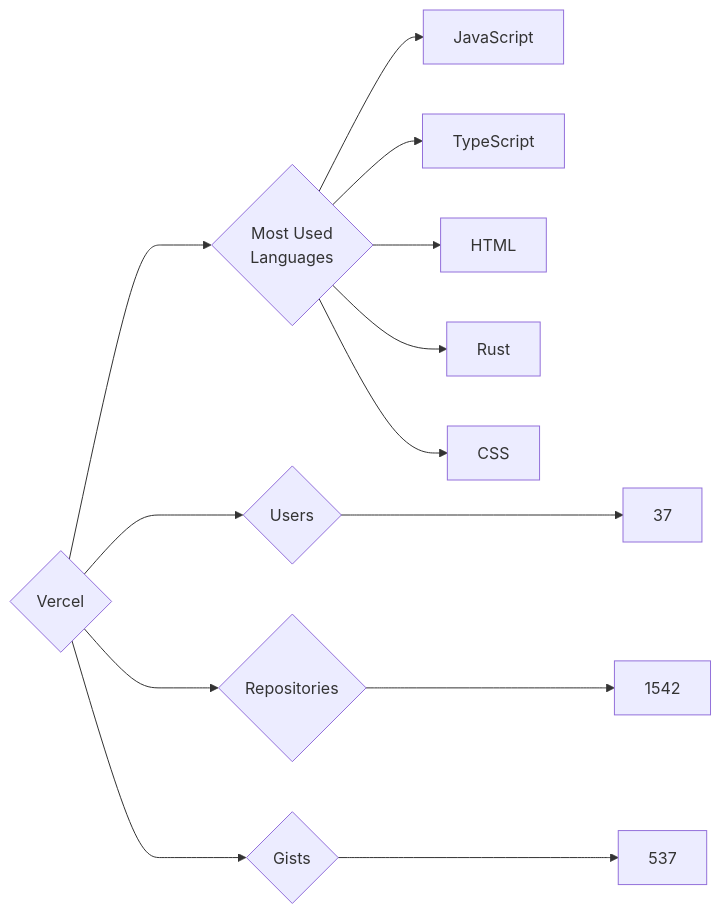
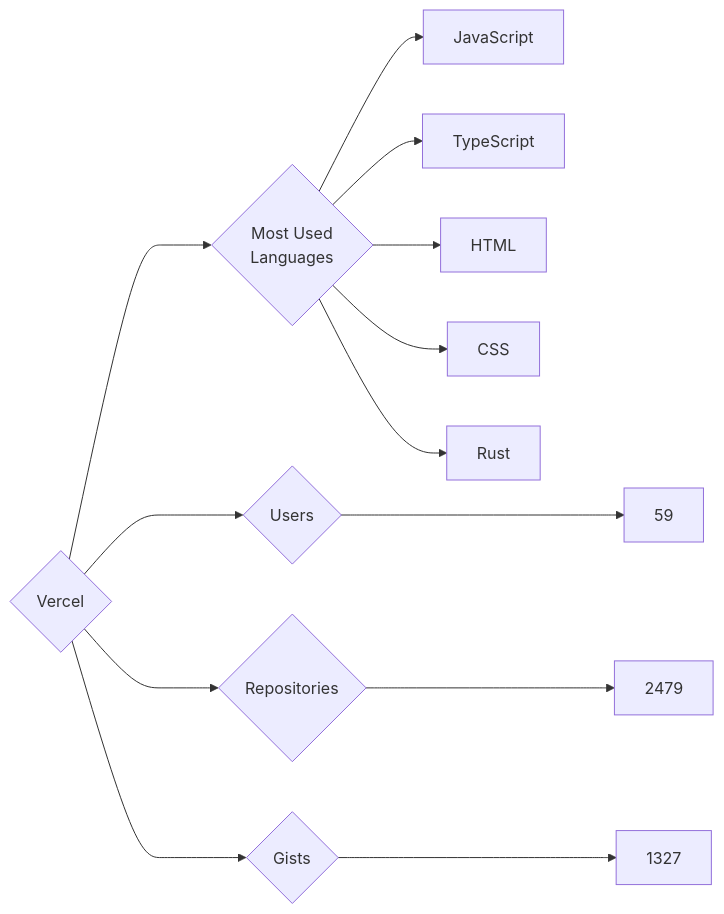
The diagram in targets/Vercel/README.md (trickest/insiders), drawn with Mermaid before and after one commit. The commit also changed 677 other files, not shown here.

````diff
--- a/targets/Vercel/README.md
+++ b/targets/Vercel/README.md
@@ -3,13 +3,13 @@
 ```mermaid
 graph LR
 COMPANY_NAME{Vercel}
-COMPANY_NAME ---> U{Users} ---> UN[37]
-COMPANY_NAME ---> R{Repositories} ---> RN[1542]
-COMPANY_NAME ---> G{Gists} ---> GN[537]
+COMPANY_NAME ---> U{Users} ---> UN[59]
+COMPANY_NAME ---> R{Repositories} ---> RN[2479]
+COMPANY_NAME ---> G{Gists} ---> GN[1327]
 COMPANY_NAME ---> ML{Most Used<br>Languages}
 ML --> JavaScript[JavaScript]
 ML --> TypeScript[TypeScript]
 ML --> HTML[HTML]
+ML --> CSS[CSS]
 ML --> Rust[Rust]
-ML --> CSS[CSS]
 ```
````
